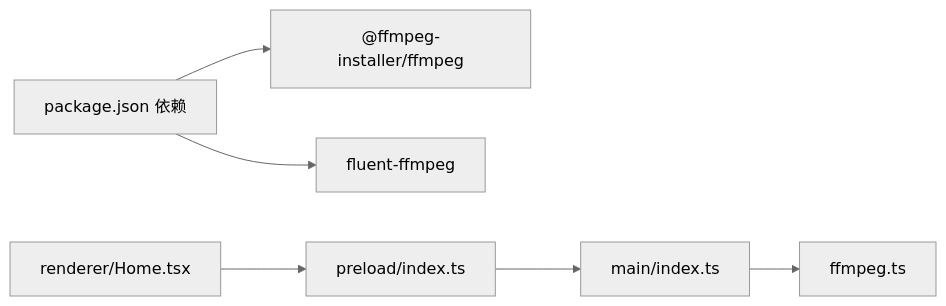
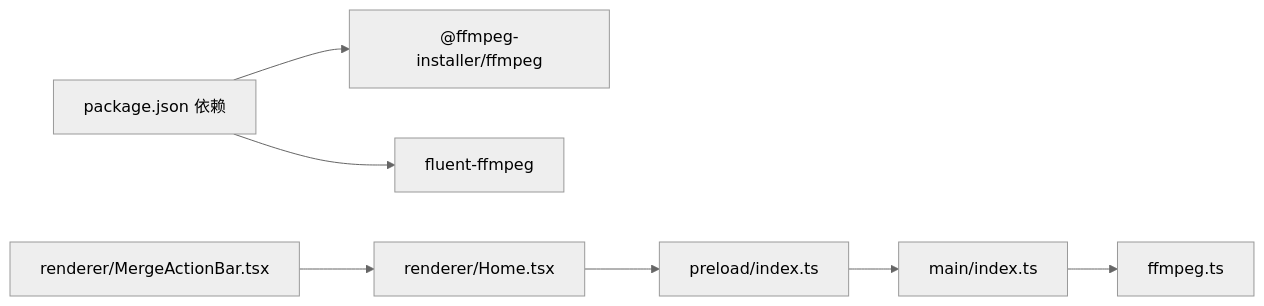
The fifth of 6 diagrams in .qoder/repowiki/zh/content/架构设计/FFmpeg集成架构/视频合并处理管道.md (HoarfrostKimi/Video-Merger), drawn with Mermaid (neutral theme) before and after one commit. The commit also changed other lines of this file and 43 other files, not shown here.

````diff
--- a/.qoder/repowiki/zh/content/架构设计/FFmpeg集成架构/视频合并处理管道.md
+++ b/.qoder/repowiki/zh/content/架构设计/FFmpeg集成架构/视频合并处理管道.md
@@ -216,8 +293,9 @@
 ```mermaid
 graph LR
 Pkg["package.json 依赖"] --> FFInst["@ffmpeg-installer/ffmpeg"]
 Pkg --> Fluent["fluent-ffmpeg"]
 Main["main/index.ts"] --> Ffmpeg["ffmpeg.ts"]
 Preload["preload/index.ts"] --> Main
 Renderer["renderer/Home.tsx"] --> Preload
+Renderer2["renderer/MergeActionBar.tsx"] --> Renderer
 ```
````
